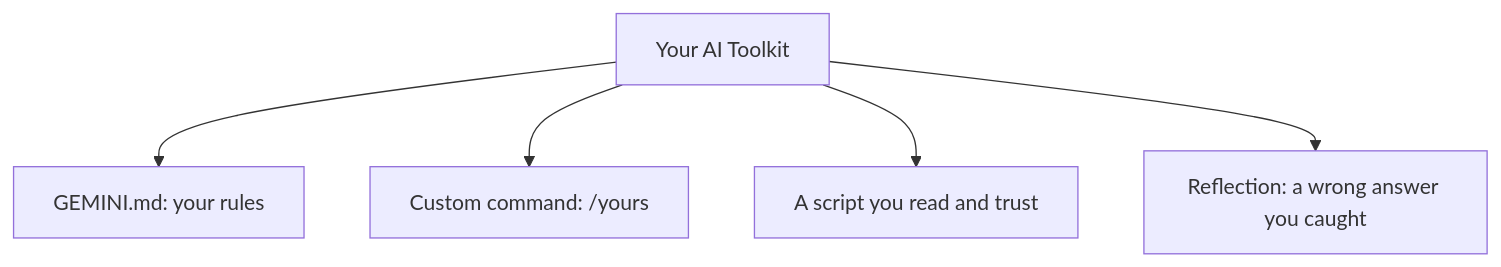
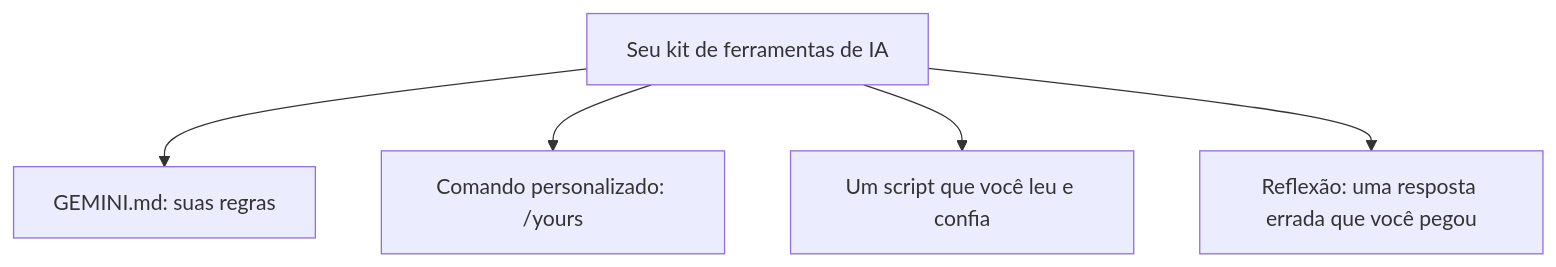
The diagram in content/ai/a08.pt.md (KakkoiDev/izumo-io), drawn with Mermaid before and after one commit. The commit also changed 47 other files, not shown here.

First line of the commit message:
Translate mermaid diagram labels to JA + PT in AI lessons

````diff
--- a/content/ai/a08.pt.md
+++ b/content/ai/a08.pt.md
@@ -19,7 +19,7 @@
 ```mermaid
 flowchart TD
-    T[Your AI Toolkit] --> M[GEMINI.md: your rules]
-    T --> C["Custom command: /yours"]
-    T --> S[A script you read and trust]
-    T --> R[Reflection: a wrong answer you caught]
+    T[Seu kit de ferramentas de IA] --> M[GEMINI.md: suas regras]
+    T --> C["Comando personalizado: /yours"]
+    T --> S[Um script que você leu e confia]
+    T --> R[Reflexão: uma resposta errada que você pegou]
 ```
````
